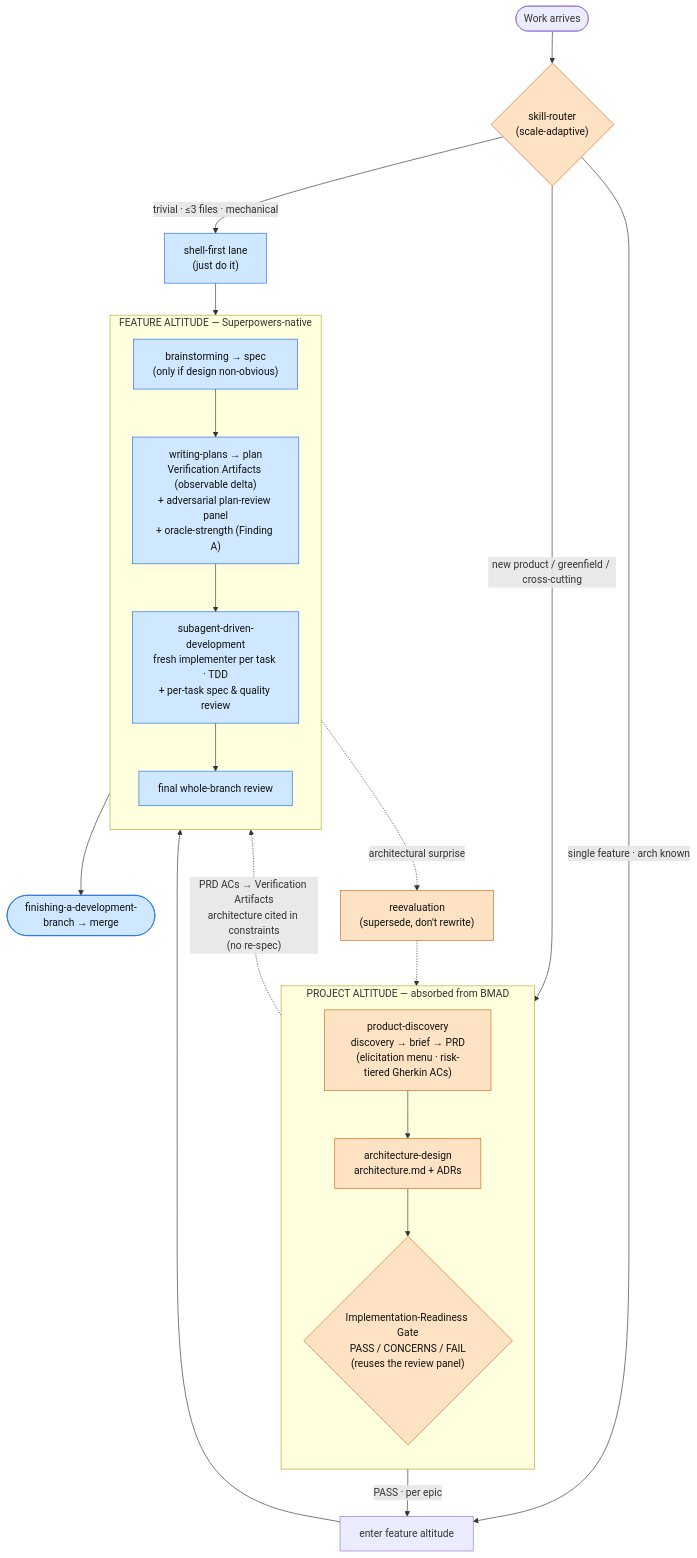
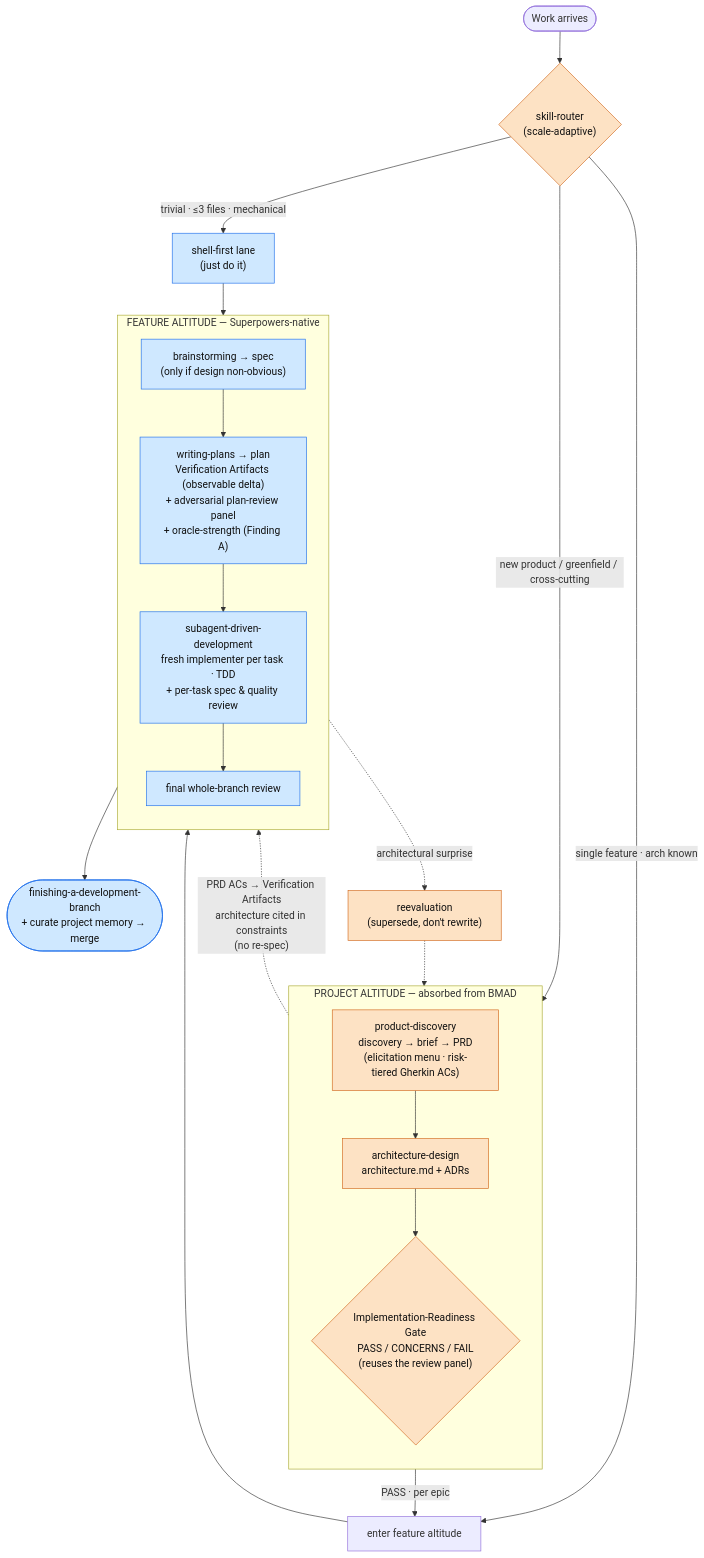
One commit to DaRealLebron/superpowers changed the diagram in docs/superpowers/bmad-absorption-happy-path.md. Above: the diagram before and after it, drawn with Mermaid. The commit also changed other lines of this file, not shown here.

Commit message:
docs(happy-path): note the curating-project-memory pass at merge

````diff
--- a/docs/superpowers/bmad-absorption-happy-path.md
+++ b/docs/superpowers/bmad-absorption-happy-path.md
@@ -12,43 +12,43 @@
 ```mermaid
 flowchart TD
     Start(["Work arrives"]) --> Router{"skill-router<br/>(scale-adaptive)"}
 
     Router -->|"trivial · ≤3 files · mechanical"| Shell["shell-first lane<br/>(just do it)"]
     Router -->|"single feature · arch known"| FeatEntry["enter feature altitude"]
     Router -->|"new product / greenfield / cross-cutting"| Discovery
 
     subgraph PROJECT ["PROJECT ALTITUDE — absorbed from BMAD"]
         direction TB
         Discovery["product-discovery<br/>discovery → brief → PRD<br/>(elicitation menu · risk-tiered Gherkin ACs)"]
         Arch["architecture-design<br/>architecture.md + ADRs"]
         Gate{"Implementation-Readiness Gate<br/>PASS / CONCERNS / FAIL<br/>(reuses the review panel)"}
         Discovery --> Arch --> Gate
     end
 
     Gate -->|"PASS · per epic"| FeatEntry
 
     subgraph FEATURE ["FEATURE ALTITUDE — Superpowers-native"]
         direction TB
         Brainstorm["brainstorming → spec<br/>(only if design non-obvious)"]
         Plan["writing-plans → plan<br/>Verification Artifacts (observable delta)<br/>+ adversarial plan-review panel<br/>+ oracle-strength (Finding A)"]
         SDD["subagent-driven-development<br/>fresh implementer per task · TDD<br/>+ per-task spec & quality review"]
         FinalRev["final whole-branch review"]
         Brainstorm --> Plan --> SDD --> FinalRev
     end
 
     FeatEntry --> Brainstorm
     Shell --> Plan
-    FinalRev --> Finish(["finishing-a-development-branch → merge"])
+    FinalRev --> Finish(["finishing-a-development-branch<br/>+ curate project memory → merge"])
 
     %% consumption seam (anti-duplication): feature altitude READS project artifacts
     Gate -. "PRD ACs → Verification Artifacts<br/>architecture cited in constraints<br/>(no re-spec)" .-> Plan
 
     %% reevaluation loop: architectural surprise escalates UP
     SDD -. "architectural surprise" .-> Reeval["reevaluation<br/>(supersede, don't rewrite)"]
     Reeval -.-> Discovery
 
     classDef bmad fill:#fde2c4,stroke:#d2691e,color:#111;
     classDef sp fill:#cfe8ff,stroke:#1f6feb,color:#111;
     class Router,Discovery,Arch,Gate,Reeval bmad;
     class Brainstorm,Plan,SDD,FinalRev,Finish,Shell sp;
 ```
````
